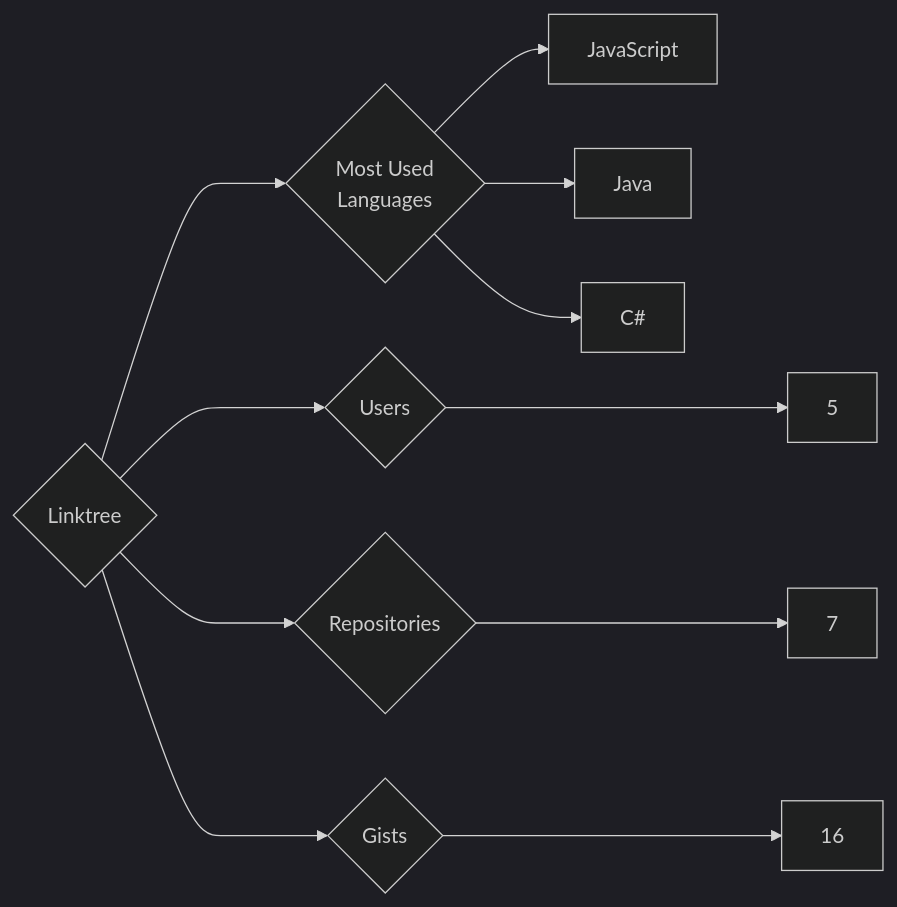
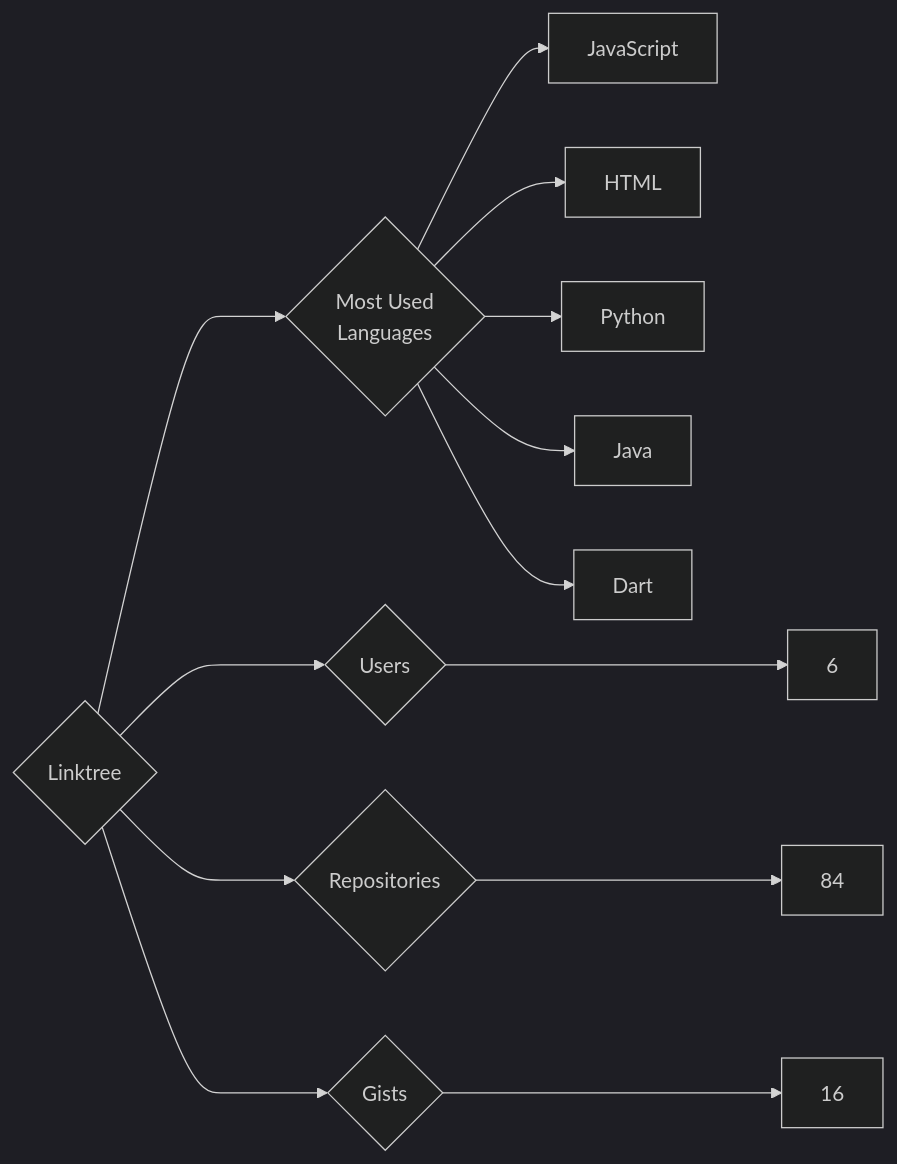
Before and after one commit to trickest/insiders: the diagram in targets/Linktree/README.md, drawn with Mermaid (dark theme). The commit also changed 1479 other files, not shown here.

````diff
--- a/targets/Linktree/README.md
+++ b/targets/Linktree/README.md
@@ -3,11 +3,13 @@
 ```mermaid
 graph LR
 COMPANY_NAME{Linktree}
-COMPANY_NAME ---> U{Users} ---> UN[5]
-COMPANY_NAME ---> R{Repositories} ---> RN[7]
+COMPANY_NAME ---> U{Users} ---> UN[6]
+COMPANY_NAME ---> R{Repositories} ---> RN[84]
 COMPANY_NAME ---> G{Gists} ---> GN[16]
 COMPANY_NAME ---> ML{Most Used<br>Languages}
 ML --> JavaScript[JavaScript]
+ML --> HTML[HTML]
+ML --> Python[Python]
 ML --> Java[Java]
-ML --> C#[C#]
+ML --> Dart[Dart]
 ```
````
